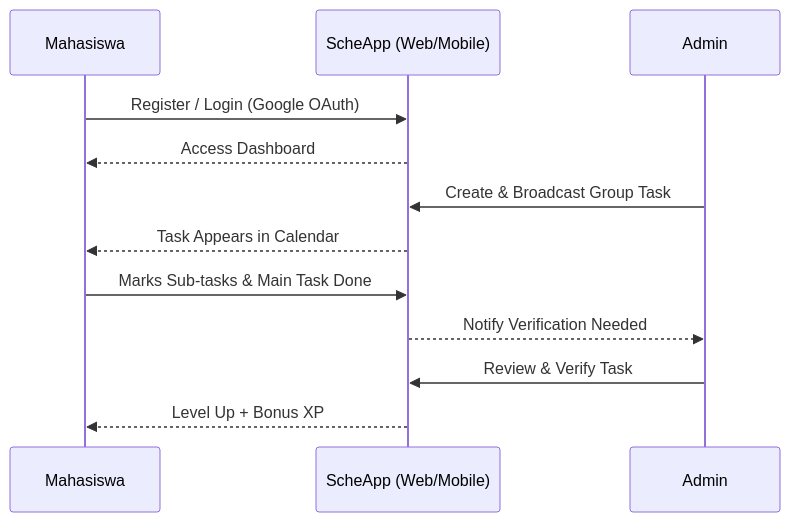
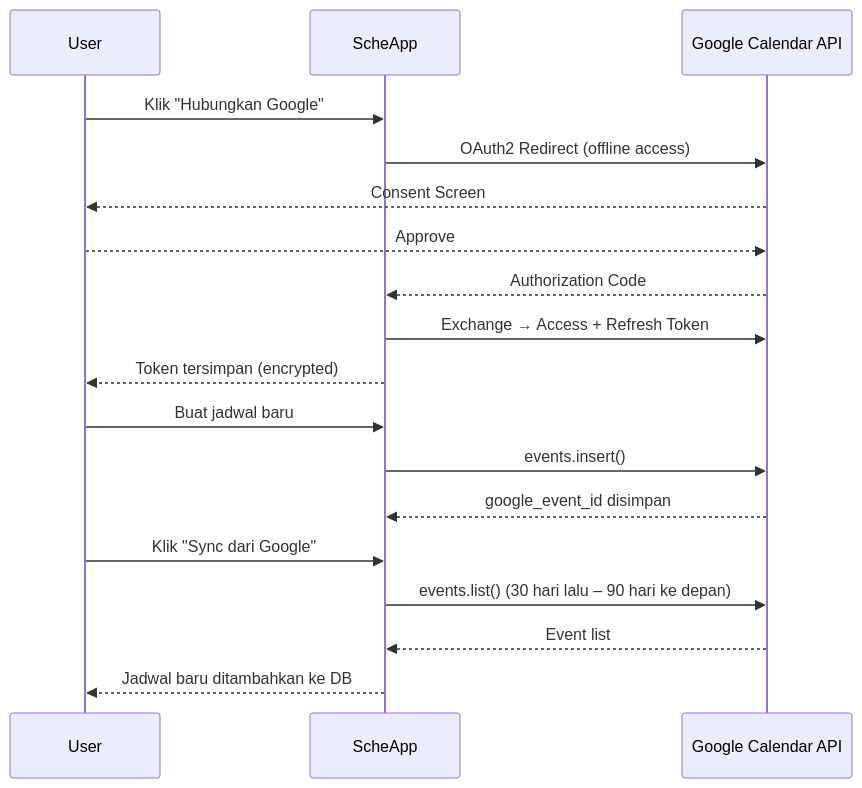
One commit to gerrard046/ScheApp-by-Gerrard changed the third of 3 diagrams in README.md. Above: the diagram before and after it, drawn with Mermaid. The commit also changed other lines of this file, not shown here.

Commit message:
docs: update README — fitur Time-Block Calendar, Google Sync, PWA, Wallet

````diff
--- a/README.md
+++ b/README.md
@@ -167,15 +135,23 @@
 ```mermaid
 sequenceDiagram
-    participant U as Mahasiswa
-    participant S as ScheApp (Web/Mobile)
-    participant A as Admin
-    
-    U->>S: Register / Login (Google OAuth)
-    S-->>U: Access Dashboard
-    A->>S: Create & Broadcast Group Task
-    S-->>U: Task Appears in Calendar
-    U->>S: Marks Sub-tasks & Main Task Done
-    S-->>A: Notify Verification Needed
-    A->>S: Review & Verify Task
-    S-->>U: Level Up + Bonus XP
+    participant U as User
+    participant S as ScheApp
+    participant G as Google Calendar API
+
+    U->>S: Klik "Hubungkan Google"
+    S->>G: OAuth2 Redirect (offline access)
+    G-->>U: Consent Screen
+    U-->>G: Approve
+    G-->>S: Authorization Code
+    S->>G: Exchange → Access + Refresh Token
+    S-->>U: Token tersimpan (encrypted)
+
+    U->>S: Buat jadwal baru
+    S->>G: events.insert()
+    G-->>S: google_event_id disimpan
+
+    U->>S: Klik "Sync dari Google"
+    S->>G: events.list() (30 hari lalu – 90 hari ke depan)
+    G-->>S: Event list
+    S-->>U: Jadwal baru ditambahkan ke DB
 ```
````
